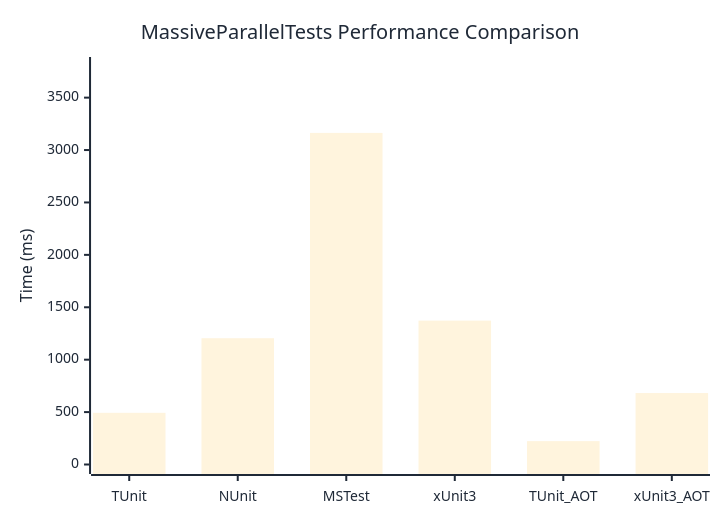
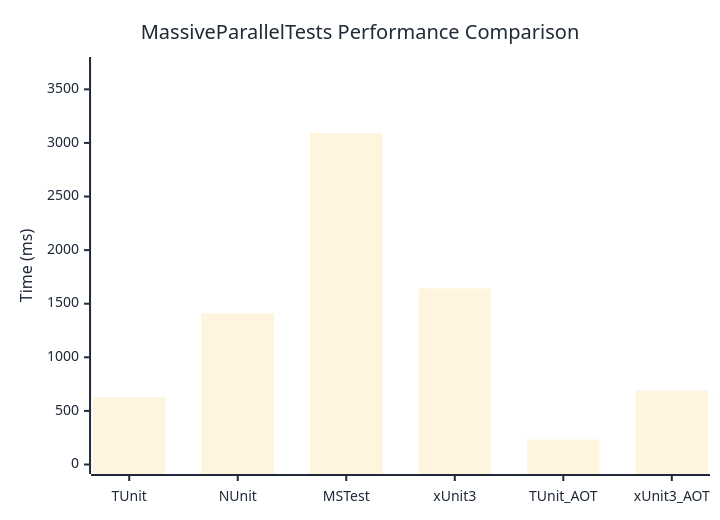
One commit to thomhurst/TUnit changed the diagram in docs/docs/benchmarks/engine/MassiveParallelTests.md. Above: the diagram before and after it, drawn with Mermaid. The commit also changed other lines of this file and 18 other files, not shown here.

````diff
--- a/docs/docs/benchmarks/engine/MassiveParallelTests.md
+++ b/docs/docs/benchmarks/engine/MassiveParallelTests.md
@@ -30,37 +30,37 @@
 ```mermaid
 %%{init: {
   'theme':'base',
   'themeVariables': {
     'primaryColor': '#2563eb',
     'primaryTextColor': '#1f2937',
     'primaryBorderColor': '#1e40af',
     'lineColor': '#6b7280',
     'secondaryColor': '#7c3aed',
     'tertiaryColor': '#dc2626',
     'background': '#ffffff',
     'mainBkg': '#2563eb',
     'secondBkg': '#7c3aed',
     'tertiaryBkg': '#dc2626',
     'clusterBkg': '#f3f4f6',
     'edgeLabelBackground': '#ffffff',
     'tertiaryTextColor': '#1f2937',
     'pie1': '#2563eb',
     'pie2': '#7c3aed',
     'pie3': '#dc2626',
     'pie4': '#f59e0b',
     'pie5': '#10b981',
     'pie6': '#06b6d4',
     'pie7': '#ec4899',
     'pie8': '#6366f1',
     'pie9': '#84cc16',
     'pie10': '#f97316',
     'pie11': '#14b8a6',
     'pie12': '#a855f7'
   }
 }}%%
 xychart-beta
   title "MassiveParallelTests Performance Comparison"
   x-axis ["TUnit", "NUnit", "MSTest", "xUnit3", "TUnit_AOT", "xUnit3_AOT"]
-  y-axis "Time (ms)" 0 --> 3797
-  bar [493.2, 1204.7, 3163.5, 1372.8, 223, 681.7]
+  y-axis "Time (ms)" 0 --> 3713
+  bar [628.2, 1409.4, 3093.7, 1642, 233.1, 690]
 ```
````
